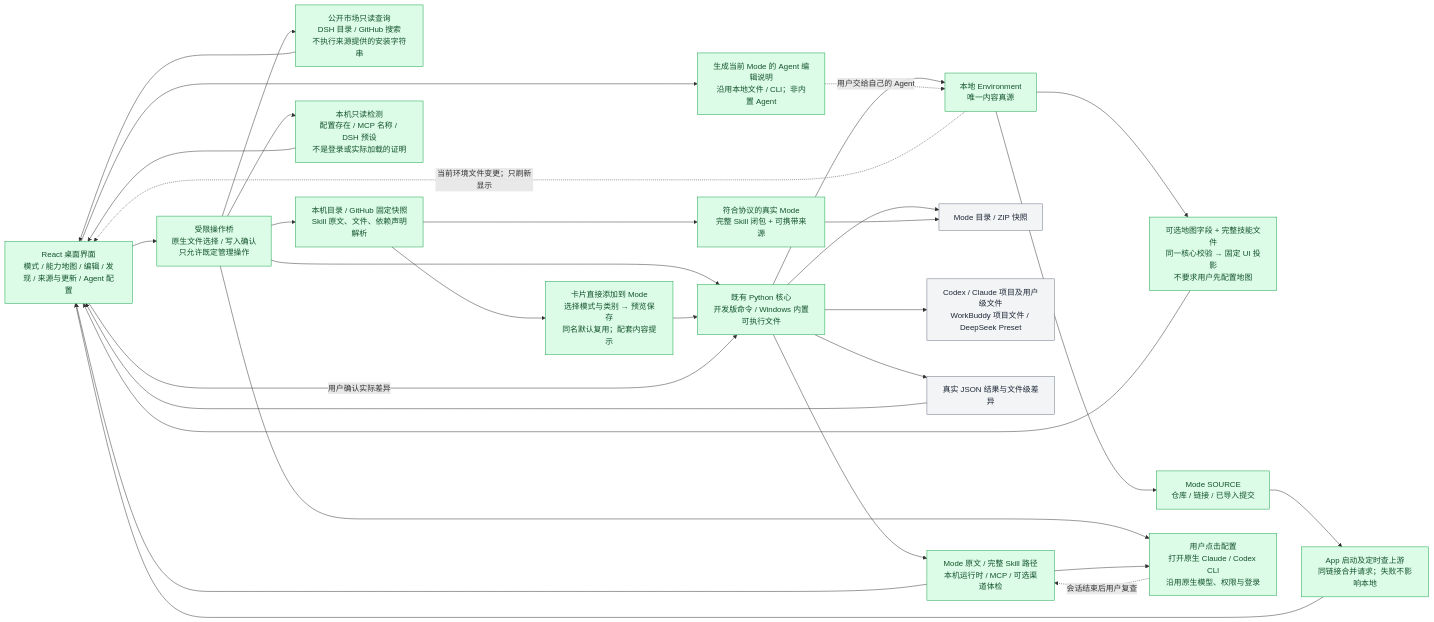
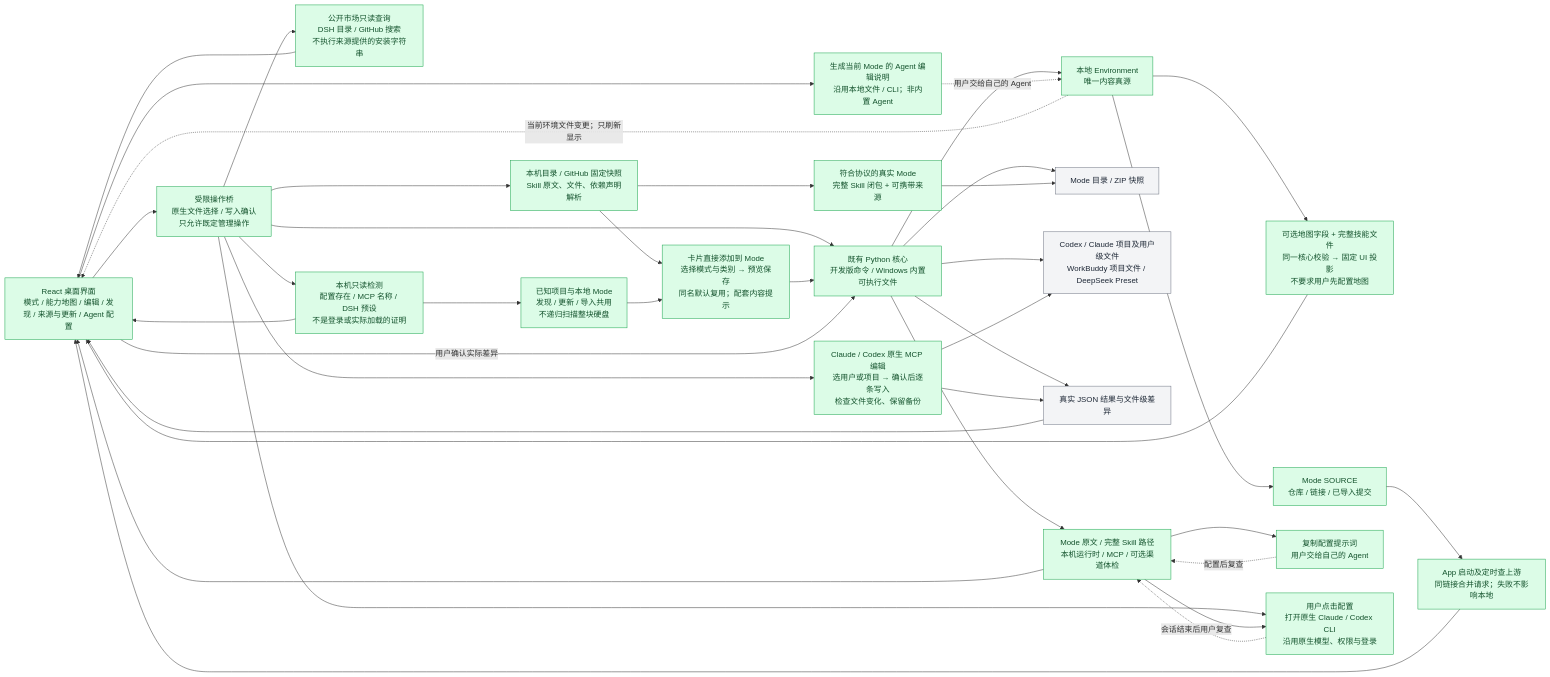
One commit to qihangzhang-272/asl-harness changed the seventh of 20 diagrams in docs/asl-architecture-views.md. Above: the diagram before and after it, drawn with Mermaid. The commit also changed other lines of this file, not shown here.

Commit message:
2026-09-12 22:55｜同步桌面组件图，使本机检索和配置入口对应当前实现

````diff
--- a/docs/asl-architecture-views.md
+++ b/docs/asl-architecture-views.md
@@ -657,37 +657,44 @@
 ```mermaid
 flowchart LR
     UI["React 桌面界面<br/>模式 / 能力地图 / 编辑 / 发现 / 来源与更新 / Agent 配置"] --> IPC["受限操作桥<br/>原生文件选择 / 写入确认<br/>只允许既定管理操作"]
     IPC --> CORE["既有 Python 核心<br/>开发版命令 / Windows 内置可执行文件"]
     CORE --> ENV["本地 Environment<br/>唯一内容真源"]
     CORE --> PACK["Mode 目录 / ZIP 快照"]
     CORE --> HOST["Codex / Claude 项目及用户级文件<br/>WorkBuddy 项目文件 / DeepSeek Preset"]
     CORE --> RESULT["真实 JSON 结果与文件级差异"]
     ENV --> FIELDS["可选地图字段 + 完整技能文件<br/>同一核心校验 → 固定 UI 投影<br/>不要求用户先配置地图"]
     FIELDS --> UI
     ENV -.当前环境文件变更；只刷新显示.-> UI
     UI --> GUIDE["生成当前 Mode 的 Agent 编辑说明<br/>沿用本地文件 / CLI；非内置 Agent"]
     GUIDE -.用户交给自己的 Agent.-> ENV
     IPC --> MARKET["公开市场只读查询<br/>DSH 目录 / GitHub 搜索<br/>不执行来源提供的安装字符串"]
     IPC --> SCAN["本机目录 / GitHub 固定快照<br/>Skill 原文、文件、依赖声明解析"]
     SCAN --> CHOICE["卡片直接添加到 Mode<br/>选择模式与类别 → 预览保存<br/>同名默认复用；配套内容提示"]
     CHOICE --> CORE
     SCAN --> REMOTE["符合协议的真实 Mode<br/>完整 Skill 闭包 + 可携带来源"]
     REMOTE --> PACK
     ENV --> ORIGIN["Mode SOURCE<br/>仓库 / 链接 / 已导入提交"]
     ORIGIN --> POLL["App 启动及定时查上游<br/>同链接合并请求；失败不影响本地"]
     POLL --> UI
     UI -->|用户确认实际差异| CORE
     IPC --> NATIVE["本机只读检测<br/>配置存在 / MCP 名称 / DSH 预设<br/>不是登录或实际加载的证明"]
+    NATIVE --> LOCAL["已知项目与本地 Mode<br/>发现 / 更新 / 导入共用<br/>不递归扫描整块硬盘"]
+    LOCAL --> CHOICE
+    IPC --> MCPEDIT["Claude / Codex 原生 MCP 编辑<br/>选用户或项目 → 确认后逐条写入<br/>检查文件变化、保留备份"]
+    MCPEDIT --> HOST
+    MCPEDIT --> RESULT
     CORE --> CHECK["Mode 原文 / 完整 Skill 路径<br/>本机运行时 / MCP / 可选渠道体检"]
+    CHECK --> PROMPT["复制配置提示词<br/>用户交给自己的 Agent"]
+    PROMPT -.配置后复查.-> CHECK
     IPC --> ASSIST["用户点击配置<br/>打开原生 Claude / Codex CLI<br/>沿用原生模型、权限与登录"]
     CHECK --> ASSIST
     ASSIST -.会话结束后用户复查.-> CHECK
     CHECK --> UI
     MARKET --> UI
     NATIVE --> UI
     RESULT --> UI
     classDef done fill:#dcfce7,stroke:#16a34a,color:#14532d;
     classDef generated fill:#f3f4f6,stroke:#6b7280,color:#1f2937;
-    class UI,IPC,CORE,ENV,FIELDS,GUIDE,MARKET,SCAN,CHOICE,NATIVE,CHECK,ASSIST,REMOTE,ORIGIN,POLL done;
+    class UI,IPC,CORE,ENV,FIELDS,GUIDE,MARKET,SCAN,CHOICE,NATIVE,LOCAL,MCPEDIT,CHECK,PROMPT,ASSIST,REMOTE,ORIGIN,POLL done;
     class PACK,HOST,RESULT generated;
 ```
````
